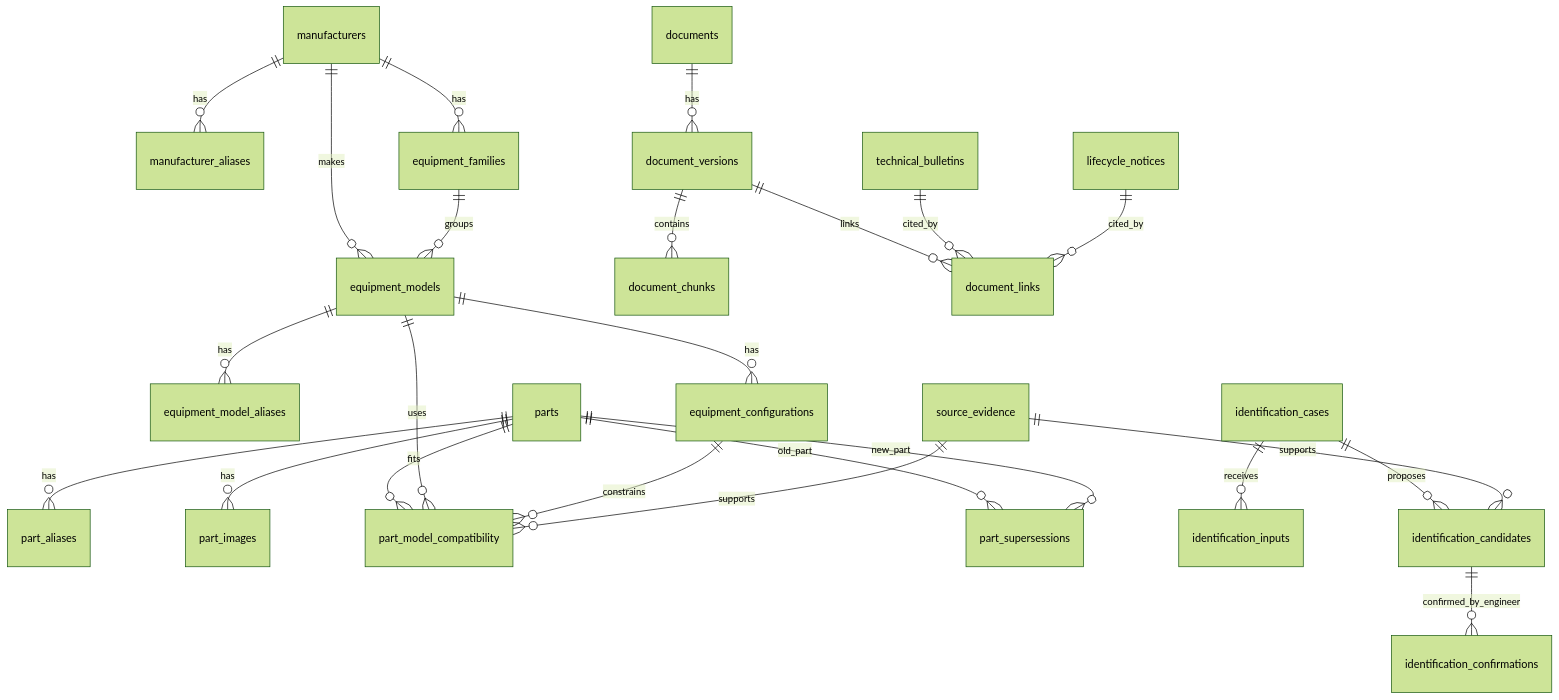
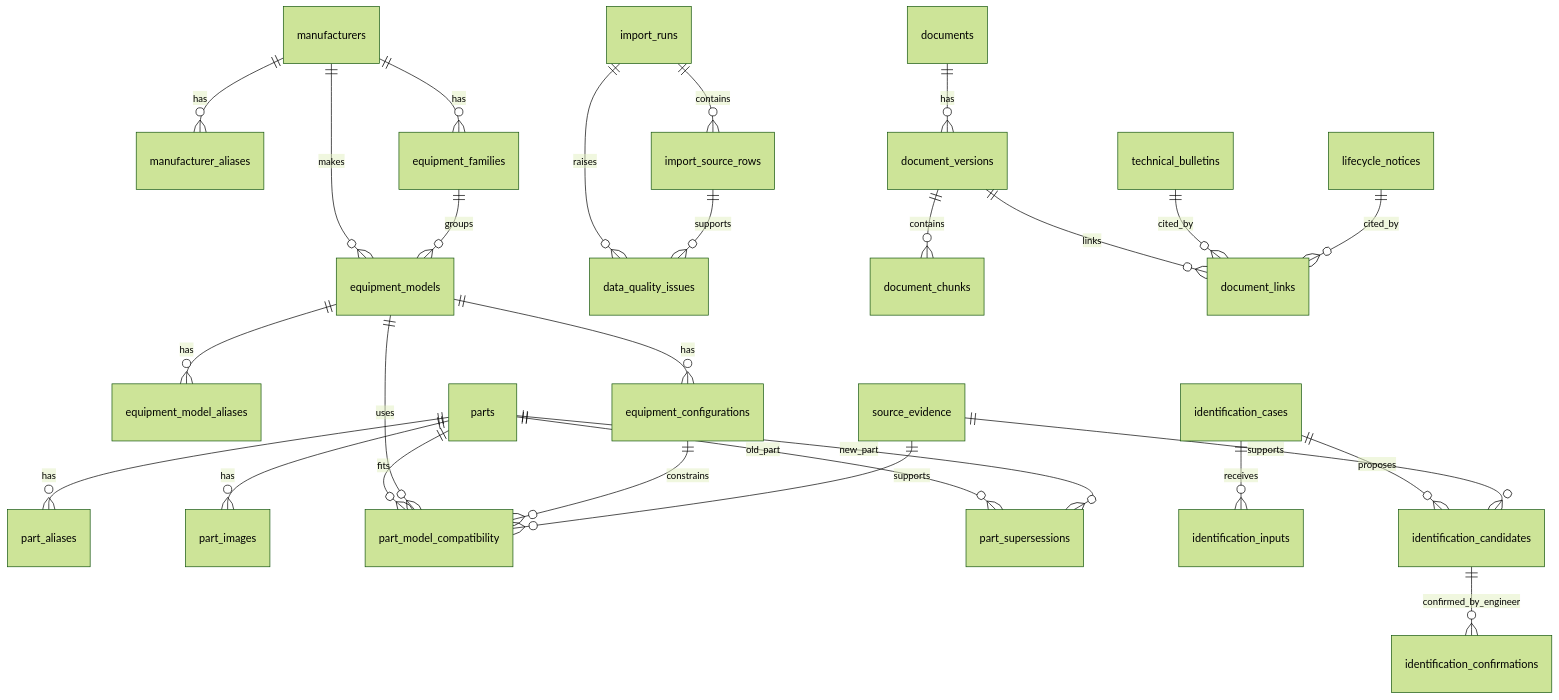
The diagram in README.md (nk25719/aibe), drawn with Mermaid (forest theme) before and after one commit. The commit also changed other lines of this file and 17 other files, not shown here.

````diff
--- a/README.md
+++ b/README.md
@@ -190,26 +213,29 @@
 ```mermaid
 erDiagram
   manufacturers ||--o{ manufacturer_aliases : has
   manufacturers ||--o{ equipment_families : has
   manufacturers ||--o{ equipment_models : makes
   equipment_families ||--o{ equipment_models : groups
   equipment_models ||--o{ equipment_model_aliases : has
   equipment_models ||--o{ equipment_configurations : has
   parts ||--o{ part_aliases : has
   parts ||--o{ part_images : has
   parts ||--o{ part_model_compatibility : fits
   equipment_models ||--o{ part_model_compatibility : uses
   equipment_configurations ||--o{ part_model_compatibility : constrains
   parts ||--o{ part_supersessions : old_part
   parts ||--o{ part_supersessions : new_part
+  import_runs ||--o{ import_source_rows : contains
+  import_runs ||--o{ data_quality_issues : raises
+  import_source_rows ||--o{ data_quality_issues : supports
   documents ||--o{ document_versions : has
   document_versions ||--o{ document_chunks : contains
   document_versions ||--o{ document_links : links
   technical_bulletins ||--o{ document_links : cited_by
   lifecycle_notices ||--o{ document_links : cited_by
   identification_cases ||--o{ identification_inputs : receives
   identification_cases ||--o{ identification_candidates : proposes
   identification_candidates ||--o{ identification_confirmations : confirmed_by_engineer
   source_evidence ||--o{ part_model_compatibility : supports
   source_evidence ||--o{ identification_candidates : supports
 ```
````
